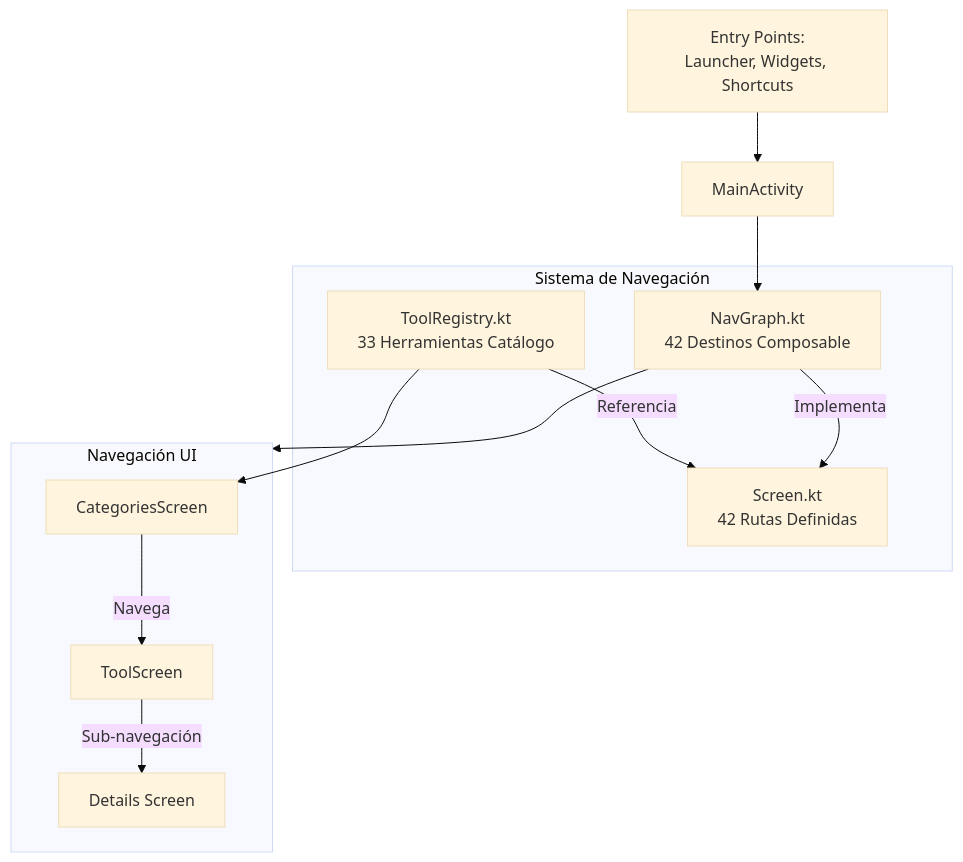
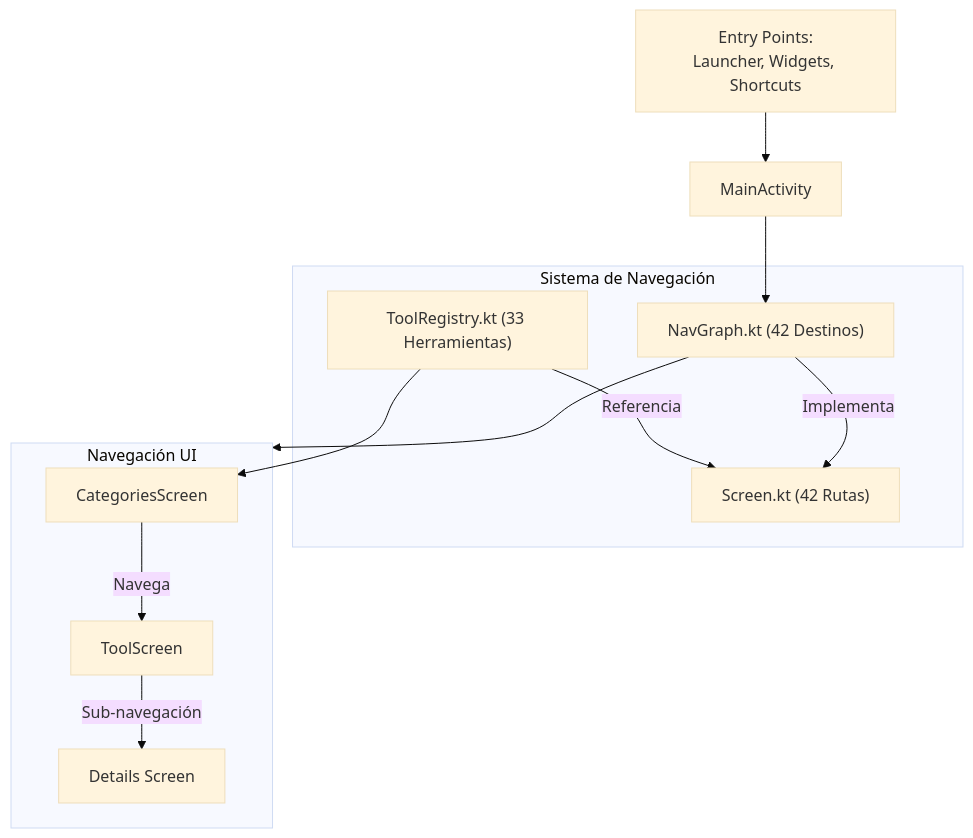
The third of 4 diagrams in docs/architecture.md (JoaquinSasso/MiniToolbox), drawn with Mermaid (base theme) before and after one commit. The commit also changed other lines of this file, not shown here.

First line of the commit message:
docs: unificación de diagramas a flowchart y sintaxis robusta

````diff
--- a/docs/architecture.md
+++ b/docs/architecture.md
@@ -116,23 +116,23 @@
 ```mermaid
-graph TD
+flowchart TD
     Entry["Entry Points:<br/>Launcher, Widgets, Shortcuts"] --> MA[MainActivity]
     
-    subgraph Navigation_System ["Sistema de Navegación"]
-        S[Screen.kt<br/>42 Rutas Definidas]
-        TR[ToolRegistry.kt<br/>33 Herramientas Catálogo]
-        NG[NavGraph.kt<br/>42 Destinos Composable]
+    subgraph Navigation_System [Sistema de Navegación]
+        S["Screen.kt (42 Rutas)"]
+        TR["ToolRegistry.kt (33 Herramientas)"]
+        NG["NavGraph.kt (42 Destinos)"]
     end
 
     MA --> NG
-    TR -- "Referencia" --> S
-    NG -- "Implementa" --> S
+    TR -->|Referencia| S
+    NG -->|Implementa| S
     
-    subgraph UI_Nav ["Navegación UI"]
+    subgraph UI_Nav [Navegación UI]
         Cat[CategoriesScreen]
-        Cat -- "Navega" --> Tool[ToolScreen]
-        Tool -- "Sub-navegación" --> Sub[Details Screen]
+        Cat -->|Navega| Tool[ToolScreen]
+        Tool -->|Sub-navegación| Sub[Details Screen]
     end
 
     TR --> Cat
     NG --> UI_Nav
 ```
````
